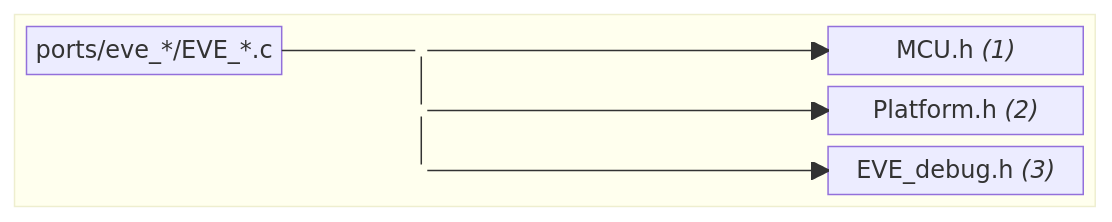
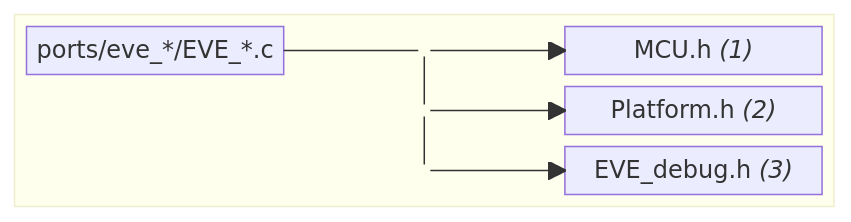
One commit to Bridgetek/Eve-MCU-Dev changed the eighth of 11 diagrams in README.md. Above: the diagram before and after it, drawn with Mermaid. The commit also changed other lines of this file, not shown here.

Commit message:
updates for header dependency diagram readability

````diff
--- a/README.md
+++ b/README.md
@@ -426,25 +436,25 @@
 ```mermaid
 block
   columns 3
   block:PORT[" "]:3
-    columns 4
+    columns 3
 
-    A1["ports/eve_*/EVE_*.c"] X1((" ")) space B1["MCU.h <i>(1)</i>"]
-    space                    X2((" ")) space B2["Platform.h <i>(2)</i>"]
-    space                    X3((" ")) space B3["EVE_debug.h <i>(3)</i>"]
+    A1["ports/eve_*/EVE_*.c"] X1((" ")) B1["MCU.h <i>(1)</i>"]
+    space                    X2((" ")) B2["Platform.h <i>(2)</i>"]
+    space                    X3((" ")) B3["EVE_debug.h <i>(3)</i>"]
 
     A1 --- X1
 
     X1 --- X2
     X2 --- X3
 
     X1 --> B1
     X2 --> B2
     X3 --> B3
 
   end  
 
   style X1 fill:none,stroke:none
   style X2 fill:none,stroke:none
   style X3 fill:none,stroke:none
 ```
````
